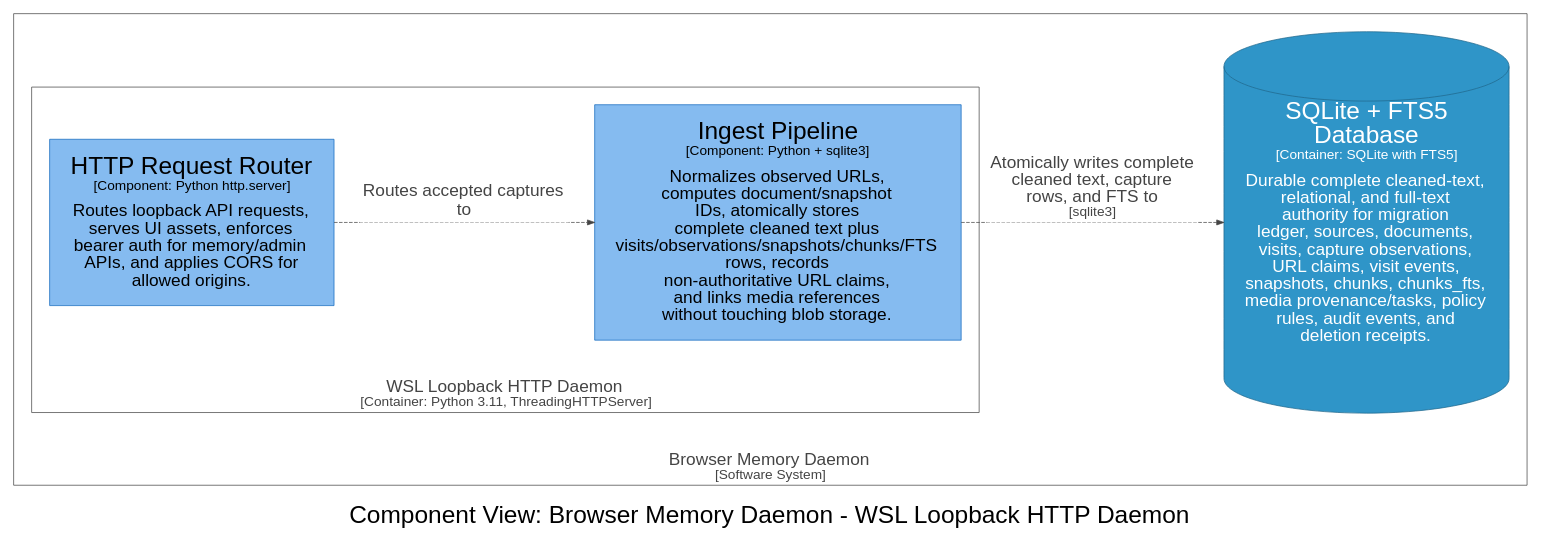
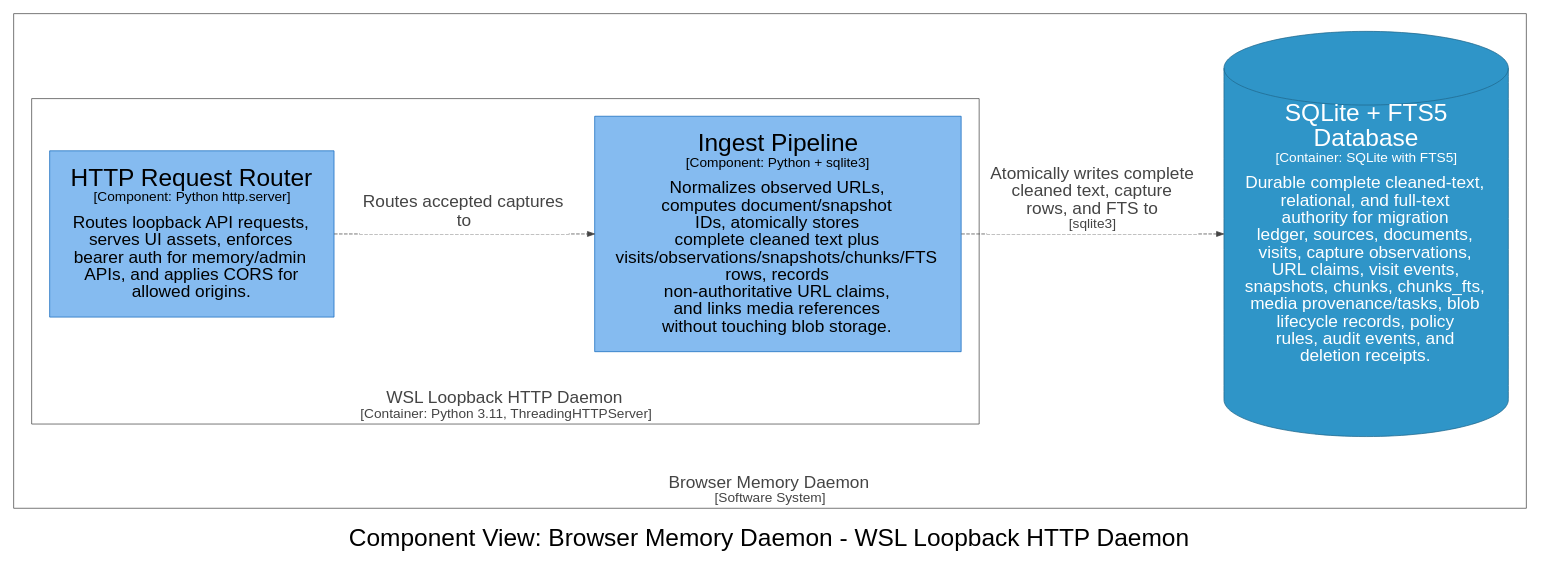
Before and after one commit to michaelnicks0/browser-memory-daemon: the diagram in docs/architecture/diagrams/dot/structurizr-DaemonIngestComponents.dot, drawn with Graphviz. The commit also changed 201 other files, not shown here.

```diff
--- a/docs/architecture/diagrams/dot/structurizr-DaemonIngestComponents.dot
+++ b/docs/architecture/diagrams/dot/structurizr-DaemonIngestComponents.dot
@@ -1,34 +1,34 @@
 digraph {
   compound=true
   graph [fontname="Arial", rankdir=LR, ranksep=1.0, nodesep=1.0]
   node [fontname="Arial", shape=box, margin="0.4,0.3"]
   edge [fontname="Arial"]
   label=<<br /><font point-size="34">Component View: Browser Memory Daemon - WSL Loopback HTTP Daemon</font>>
 
   subgraph cluster_4 {
     margin=25
     label=<<font point-size="24"><br />Browser Memory Daemon</font><br /><font point-size="19">[Software System]</font>>
     labelloc=b
     color="#444444"
     fontcolor="#444444"
     fillcolor="#444444"
 
     subgraph cluster_14 {
       margin=25
       label=<<font point-size="24"><br />WSL Loopback HTTP Daemon</font><br /><font point-size="19">[Container: Python 3.11, ThreadingHTTPServer]</font>>
       labelloc=b
       color="#444444"
       fontcolor="#444444"
       fillcolor="#444444"
 
       15 [id=15,shape=rect, label=<<font point-size="34">HTTP Request Router</font><br /><font point-size="19">[Component: Python http.server]</font><br /><br /><font point-size="24">Routes loopback API requests,<br />serves UI assets, enforces<br />bearer auth for memory/admin<br />APIs, and applies CORS for<br />allowed origins.</font>>, style=filled, color="#1168bd", fillcolor="#85bbf0", fontcolor="#000000"]
       19 [id=19,shape=rect, label=<<font point-size="34">Ingest Pipeline</font><br /><font point-size="19">[Component: Python + sqlite3]</font><br /><br /><font point-size="24">Normalizes observed URLs,<br />computes document/snapshot<br />IDs, atomically stores<br />complete cleaned text plus<br />visits/observations/snapshots/chunks/FTS<br />rows, records<br />non-authoritative URL claims,<br />and links media references<br />without touching blob storage.</font>>, style=filled, color="#1168bd", fillcolor="#85bbf0", fontcolor="#000000"]
     }
 
-    29 [id=29,shape=cylinder, label=<<font point-size="34">SQLite + FTS5<br />Database</font><br /><font point-size="19">[Container: SQLite with FTS5]</font><br /><br /><font point-size="24">Durable complete cleaned-text,<br />relational, and full-text<br />authority for migration<br />ledger, sources, documents,<br />visits, capture observations,<br />URL claims, visit events,<br />snapshots, chunks, chunks_fts,<br />media provenance/tasks, policy<br />rules, audit events, and<br />deletion receipts.</font>>, style=filled, color="#20688c", fillcolor="#2f95c8", fontcolor="#ffffff"]
+    30 [id=30,shape=cylinder, label=<<font point-size="34">SQLite + FTS5<br />Database</font><br /><font point-size="19">[Container: SQLite with FTS5]</font><br /><br /><font point-size="24">Durable complete cleaned-text,<br />relational, and full-text<br />authority for migration<br />ledger, sources, documents,<br />visits, capture observations,<br />URL claims, visit events,<br />snapshots, chunks, chunks_fts,<br />media provenance/tasks, blob<br />lifecycle records, policy<br />rules, audit events, and<br />deletion receipts.</font>>, style=filled, color="#20688c", fillcolor="#2f95c8", fontcolor="#ffffff"]
   }
 
-  15 -> 19 [id=70, label=<<TABLE BORDER="0" CELLBORDER="0" CELLSPACING="0" CELLPADDING="4" BGCOLOR="white"><TR><TD><font point-size="24">Routes accepted captures<br />to</font></TD></TR></TABLE>>, style="dashed", color="#444444", fontcolor="#444444"]
-  19 -> 29 [id=77, label=<<TABLE BORDER="0" CELLBORDER="0" CELLSPACING="0" CELLPADDING="4" BGCOLOR="white"><TR><TD><font point-size="24">Atomically writes complete<br />cleaned text, capture<br />rows, and FTS to</font><br /><font point-size="19">[sqlite3]</font></TD></TR></TABLE>>, style="dashed", color="#444444", fontcolor="#444444"]
+  15 -> 19 [id=72, label=<<TABLE BORDER="0" CELLBORDER="0" CELLSPACING="0" CELLPADDING="4" BGCOLOR="white"><TR><TD><font point-size="24">Routes accepted captures<br />to</font></TD></TR></TABLE>>, style="dashed", color="#444444", fontcolor="#444444"]
+  19 -> 30 [id=79, label=<<TABLE BORDER="0" CELLBORDER="0" CELLSPACING="0" CELLPADDING="4" BGCOLOR="white"><TR><TD><font point-size="24">Atomically writes complete<br />cleaned text, capture<br />rows, and FTS to</font><br /><font point-size="19">[sqlite3]</font></TD></TR></TABLE>>, style="dashed", color="#444444", fontcolor="#444444"]
 
 }
```
